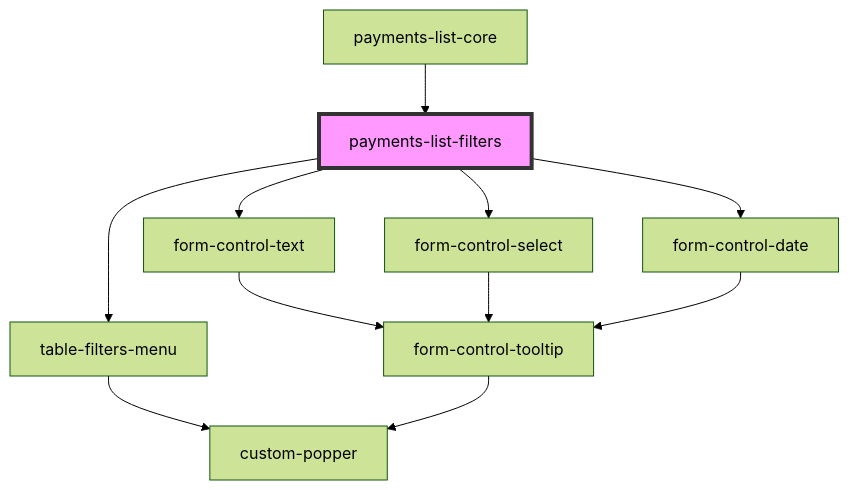
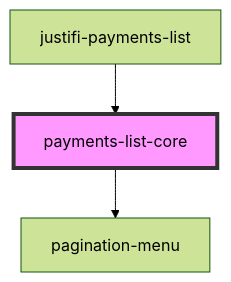
The diagram in packages/webcomponents/src/components/payments-list/readme.md (justifi-tech/web-component-library), drawn with Mermaid (forest theme) before and after one commit. The commit also changed other lines of this file and 8 other files, not shown here.

Commit message:
Abstract payments-list-filters to own component

````diff
--- a/packages/webcomponents/src/components/payments-list/readme.md
+++ b/packages/webcomponents/src/components/payments-list/readme.md
@@ -29,14 +43,6 @@
 ```mermaid
 graph TD;
-  payments-list-filters --> table-filters-menu
-  payments-list-filters --> form-control-text
-  payments-list-filters --> form-control-select
-  payments-list-filters --> form-control-date
-  table-filters-menu --> custom-popper
-  form-control-text --> form-control-tooltip
-  form-control-tooltip --> custom-popper
-  form-control-select --> form-control-tooltip
-  form-control-date --> form-control-tooltip
-  payments-list-core --> payments-list-filters
-  style payments-list-filters fill:#f9f,stroke:#333,stroke-width:4px
+  payments-list-core --> pagination-menu
+  justifi-payments-list --> payments-list-core
+  style payments-list-core fill:#f9f,stroke:#333,stroke-width:4px
 ```
````
